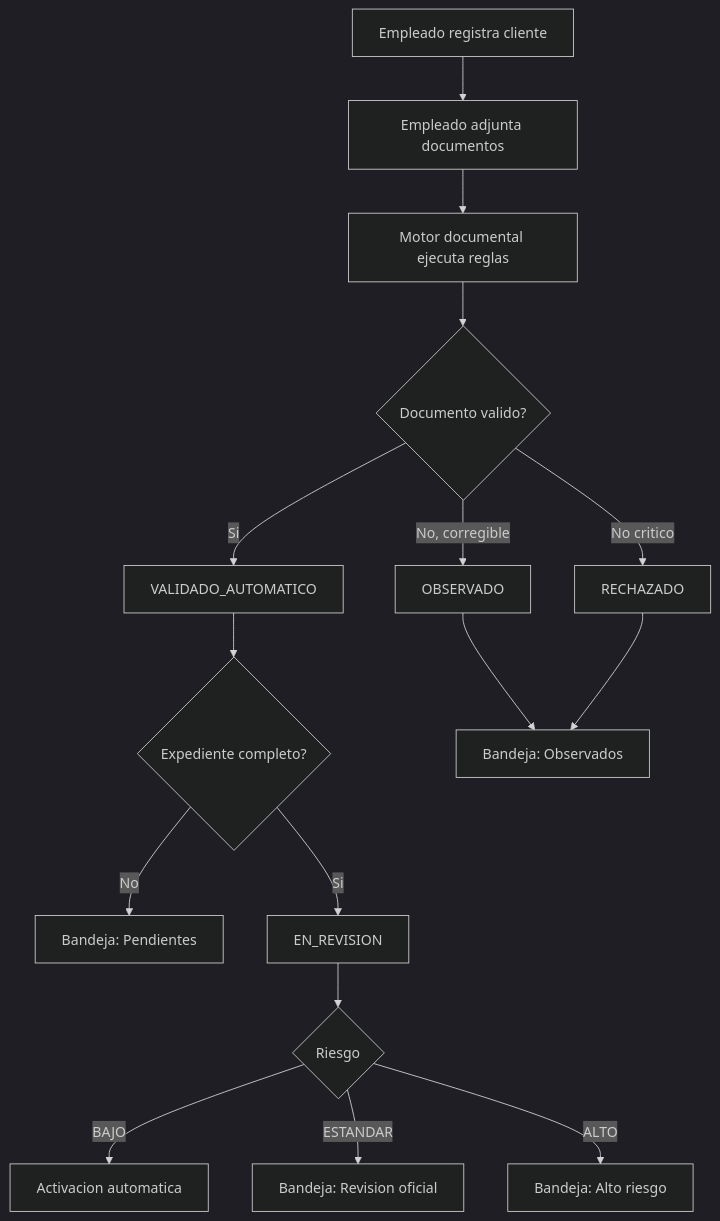
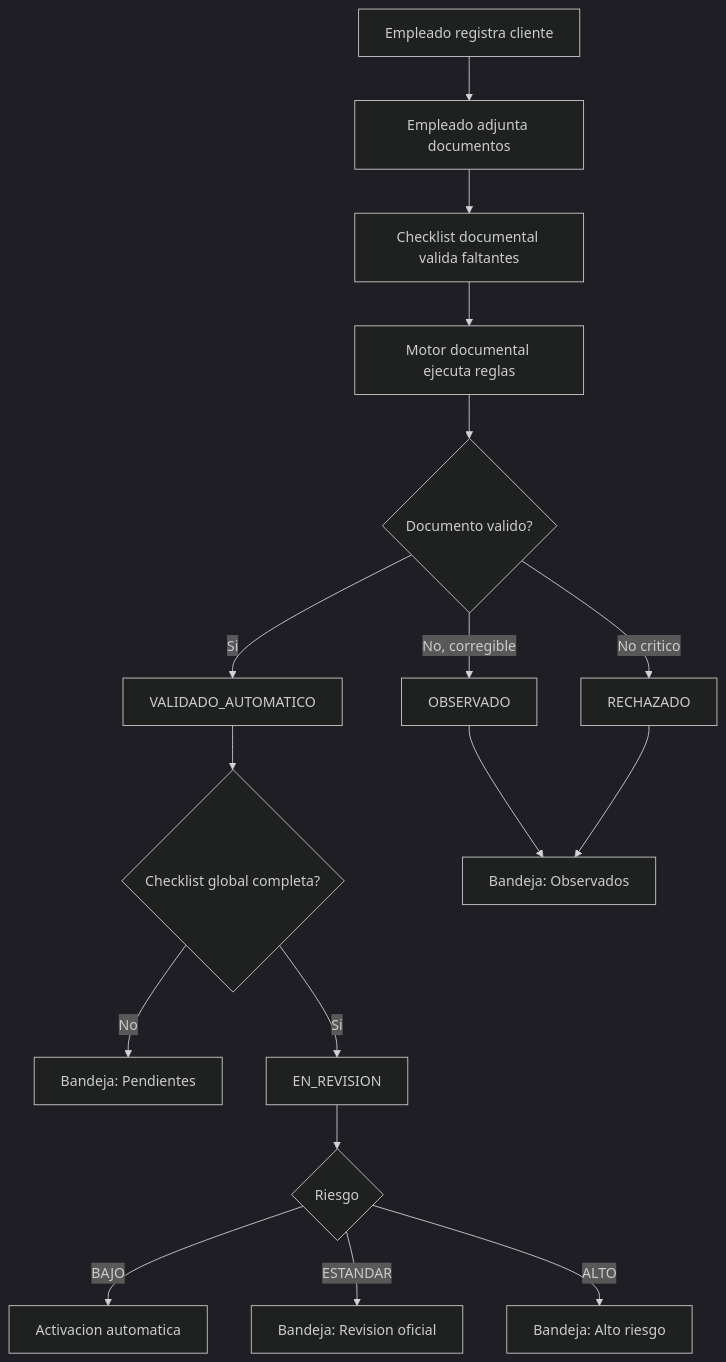
Before and after one commit to Roy-x24/sistema-ddc-inmobiliario: the diagram in docs/flujo-cumplimiento.md, drawn with Mermaid (dark theme). The commit also changed other lines of this file and 5 other files, not shown here.

Commit message:
docs: document checklist-driven compliance flows

````diff
--- a/docs/flujo-cumplimiento.md
+++ b/docs/flujo-cumplimiento.md
@@ -3,18 +3,19 @@
 ```mermaid
 flowchart TD
     A["Empleado registra cliente"] --> B["Empleado adjunta documentos"]
-    B --> C["Motor documental ejecuta reglas"]
+    B --> B1["Checklist documental valida faltantes"]
+    B1 --> C["Motor documental ejecuta reglas"]
     C --> D{"Documento valido?"}
     D -->|Si| E["VALIDADO_AUTOMATICO"]
     D -->|No, corregible| F["OBSERVADO"]
     D -->|No critico| G["RECHAZADO"]
-    E --> H{"Expediente completo?"}
+    E --> H{"Checklist global completa?"}
     F --> I["Bandeja: Observados"]
     G --> I
     H -->|No| J["Bandeja: Pendientes"]
     H -->|Si| K["EN_REVISION"]
     K --> L{"Riesgo"}
     L -->|BAJO| M["Activacion automatica"]
     L -->|ESTANDAR| N["Bandeja: Revision oficial"]
     L -->|ALTO| O["Bandeja: Alto riesgo"]
 ```
````
